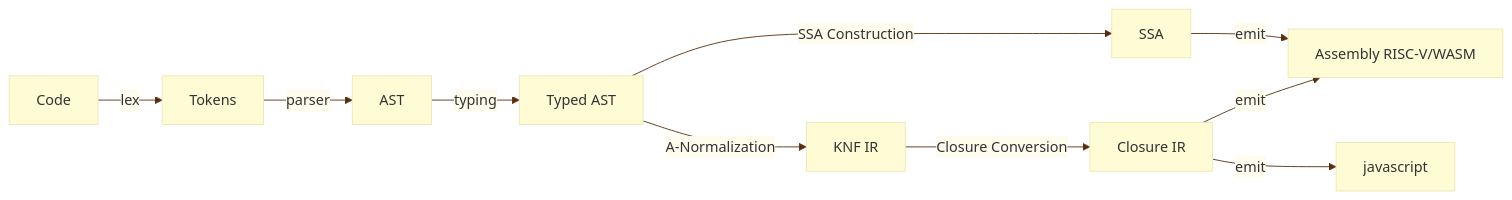
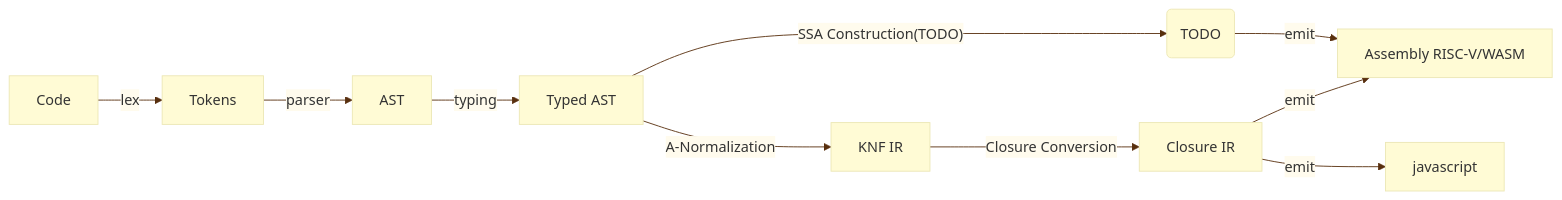
Before and after one commit to wzzc-dev/minimoonbit: the diagram in readme.md, drawn with Mermaid. The commit also changed other lines of this file and 2 other files, not shown here.

````diff
--- a/readme.md
+++ b/readme.md
@@ -17,21 +20,21 @@
 ```mermaid
 %%{init: {'theme': 'base', 'themeVariables': { 'fontFamily': 'Comic Sans MS', 'primaryColor': '#fffbd5', 'edgeLabelBackground':'#fffbed', 'lineColor': '#582f0e'}}}%%
 flowchart LR
   srcCode["Code"]
   lexTokens["Tokens"]
   parserAST["AST"]
   TypedAST["Typed AST"]
   knfIr["KNF IR"]
   closureIr["Closure IR"]
   ssa["SSA"]
   Assembly["Assembly RISC-V/WASM"]
   srcCode -->|"lex"| lexTokens
   lexTokens -->|"parser"| parserAST
   parserAST -->|"typing"| TypedAST
   TypedAST -->|"A-Normalization"| knfIr
   knfIr -->|"Closure Conversion"| closureIr
-  TypedAST -->|"SSA Construction"| ssa
+  TypedAST -->|"SSA Construction(TODO)"| ssa("TODO")
   closureIr -->|"emit"| Assembly
   ssa -->|"emit"| Assembly
   closureIr -->|"emit"| javascript
 ```
````
